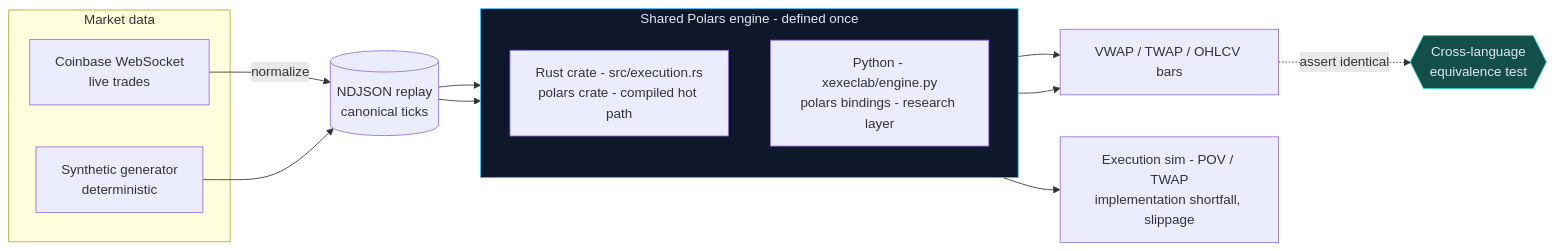
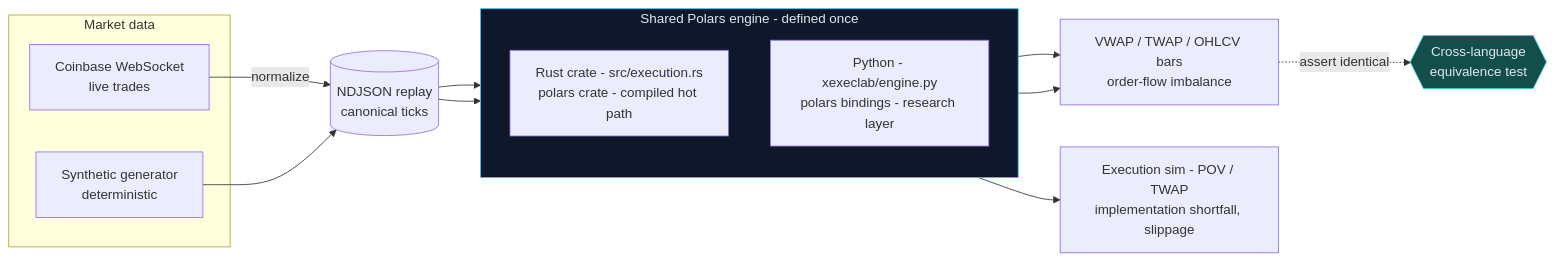
One commit to ghoshp83/polars-execution-lab changed the diagram in README.md. Above: the diagram before and after it, drawn with Mermaid. The commit also changed other lines of this file and 5 other files, not shown here.

First line of the commit message:
docs: release v0.2.0 (order-flow imbalance + Parquet sink)

````diff
--- a/README.md
+++ b/README.md
@@ -24,27 +25,27 @@
 ```mermaid
 flowchart LR
     subgraph ingest[Market data]
         CB[Coinbase WebSocket<br/>live trades]
         SYN[Synthetic generator<br/>deterministic]
     end
     CB -->|normalize| RP[(NDJSON replay<br/>canonical ticks)]
     SYN --> RP
 
     subgraph engine[Shared Polars engine - defined once]
         direction TB
         RUST["Rust crate - src/execution.rs<br/>polars crate - compiled hot path"]
         PY["Python - xexeclab/engine.py<br/>polars bindings - research layer"]
     end
 
     RP --> RUST
     RP --> PY
 
-    RUST --> BENCH[VWAP / TWAP / OHLCV bars]
+    RUST --> BENCH[VWAP / TWAP / OHLCV bars<br/>order-flow imbalance]
     PY --> BENCH
     PY --> FILLS["Execution sim - POV / TWAP<br/>implementation shortfall, slippage"]
 
     BENCH -.->|assert identical| EQ{{Cross-language<br/>equivalence test}}
 
     style engine fill:#0f172a,stroke:#38bdf8,color:#e2e8f0
     style EQ fill:#134e4a,stroke:#2dd4bf,color:#e2e8f0
 ```
````
